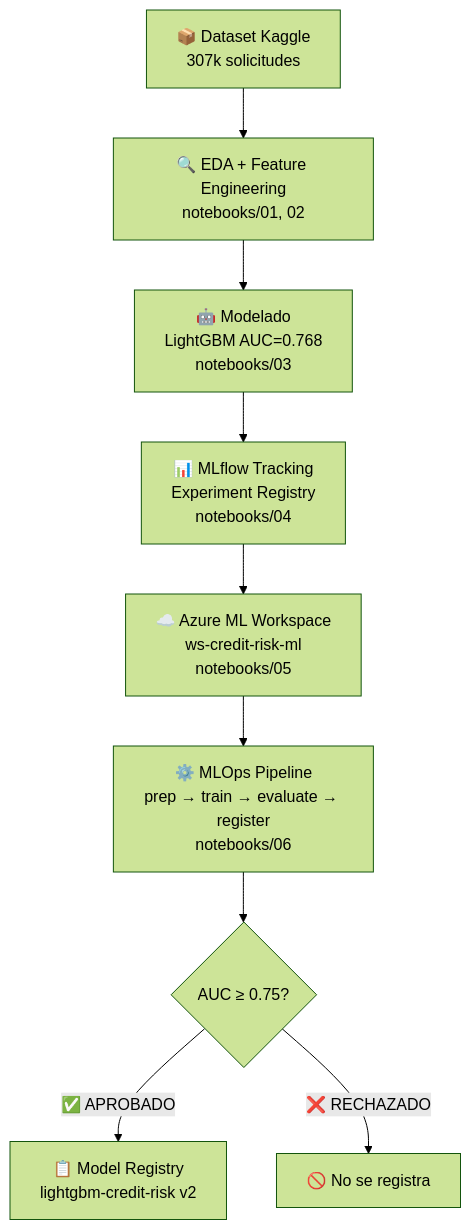
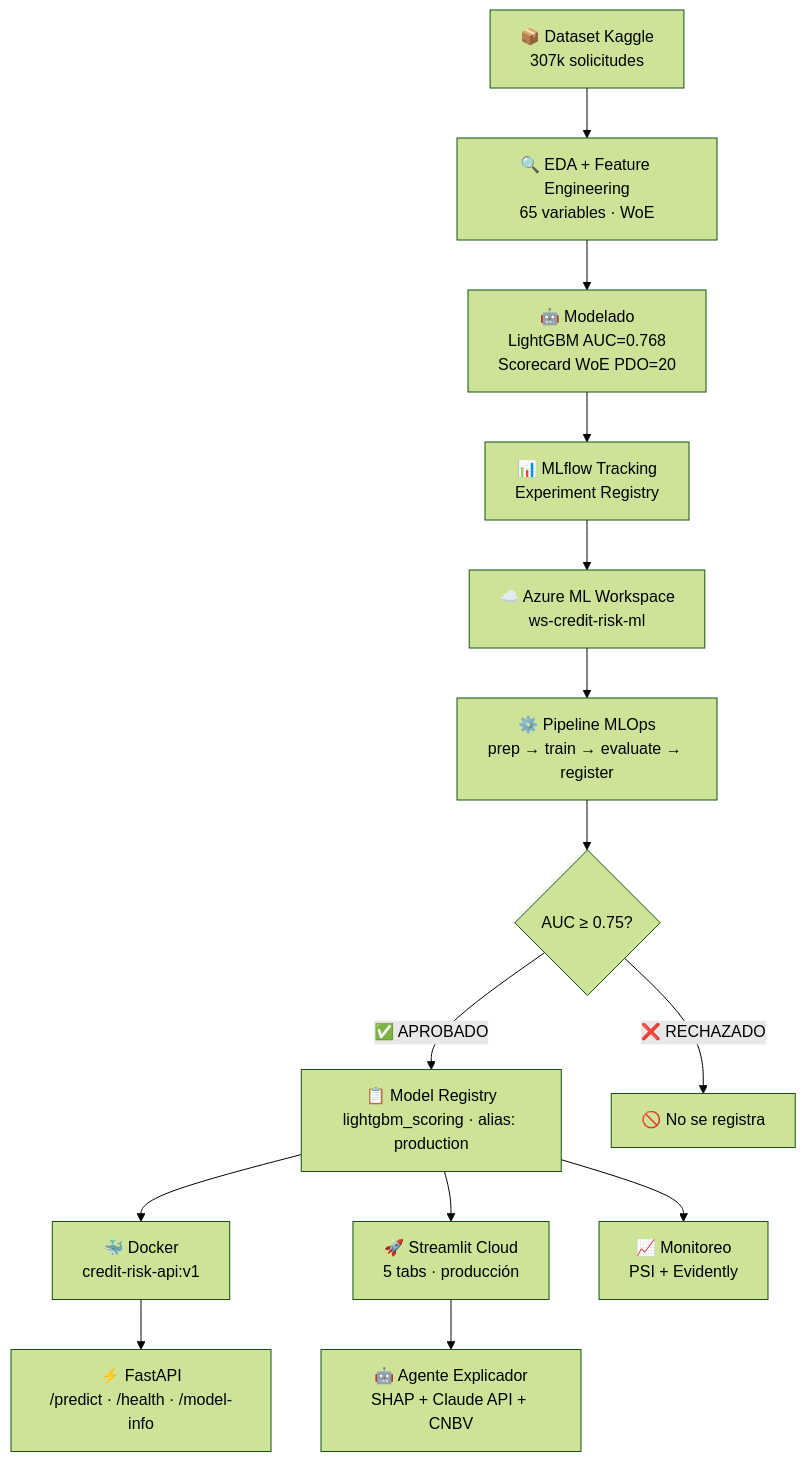
Before and after one commit to MarinoSB577/credit-risk-scoring-ml: the diagram in README.md, drawn with Mermaid (forest theme). The commit also changed other lines of this file, not shown here.

Commit message:
docs: actualizar README con FastAPI, Docker, CI/CD, agente explicador y monitoreo

````diff
--- a/README.md
+++ b/README.md
@@ -87,11 +104,16 @@
 ```mermaid
 flowchart TD
-    A[📦 Dataset Kaggle\n307k solicitudes] --> B[🔍 EDA + Feature Engineering\nnotebooks/01, 02]
-    B --> C[🤖 Modelado\nLightGBM AUC=0.768\nnotebooks/03]
-    C --> D[📊 MLflow Tracking\nExperiment Registry\nnotebooks/04]
-    D --> E[☁️ Azure ML Workspace\nws-credit-risk-ml\nnotebooks/05]
-    E --> F[⚙️ MLOps Pipeline\nprep → train → evaluate → register\nnotebooks/06]
+    A[📦 Dataset Kaggle\n307k solicitudes] --> B[🔍 EDA + Feature Engineering\n65 variables · WoE]
+    B --> C[🤖 Modelado\nLightGBM AUC=0.768\nScorecard WoE PDO=20]
+    C --> D[📊 MLflow Tracking\nExperiment Registry]
+    D --> E[☁️ Azure ML Workspace\nws-credit-risk-ml]
+    E --> F[⚙️ Pipeline MLOps\nprep → train → evaluate → register]
     F --> G{AUC ≥ 0.75?}
-    G -->|✅ APROBADO| H[📋 Model Registry\nlightgbm-credit-risk v2]
+    G -->|✅ APROBADO| H[📋 Model Registry\nlightgbm_scoring · alias: production]
     G -->|❌ RECHAZADO| I[🚫 No se registra]
+    H --> J[🐳 Docker\ncredit-risk-api:v1]
+    H --> K[🚀 Streamlit Cloud\n5 tabs · producción]
+    J --> L[⚡ FastAPI\n/predict · /health · /model-info]
+    K --> M[🤖 Agente Explicador\nSHAP + Claude API + CNBV]
+    H --> N[📈 Monitoreo\nPSI + Evidently]
 ```
````
